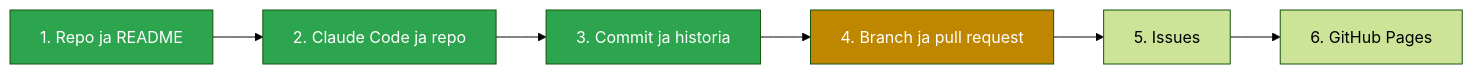
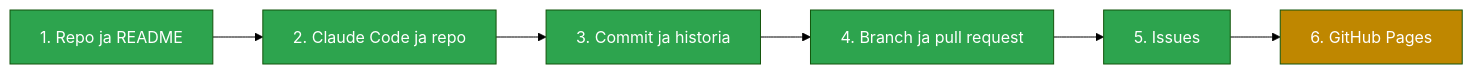
The diagram in CLAUDE.md (JussiDoesntCode/Tehtavalista), drawn with Mermaid (forest theme) before and after one commit. The commit also changed other lines of this file, not shown here.

````diff
--- a/CLAUDE.md
+++ b/CLAUDE.md
@@ -39,12 +39,12 @@
 ```mermaid
 flowchart LR
     V1["1. Repo ja README"] --> V2["2. Claude Code ja repo"]
     V2 --> V3["3. Commit ja historia"]
     V3 --> V4["4. Branch ja pull request"]
     V4 --> V5["5. Issues"]
     V5 --> V6["6. GitHub Pages"]
     classDef done fill:#2da44e,color:#fff
     classDef current fill:#bf8700,color:#fff
-    class V1,V2,V3 done
-    class V4 current
+    class V1,V2,V3,V4,V5 done
+    class V6 current
 ```
````
